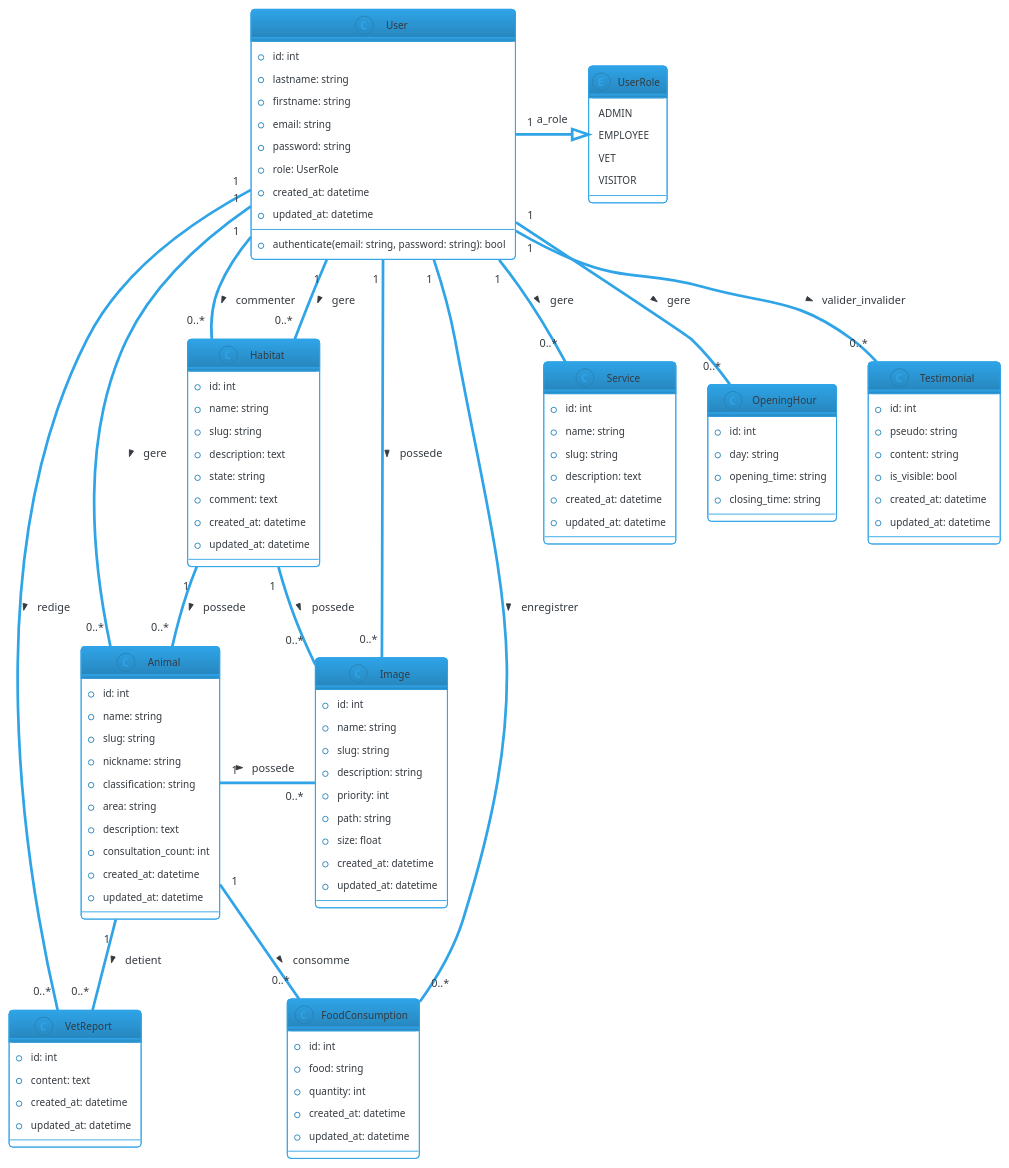
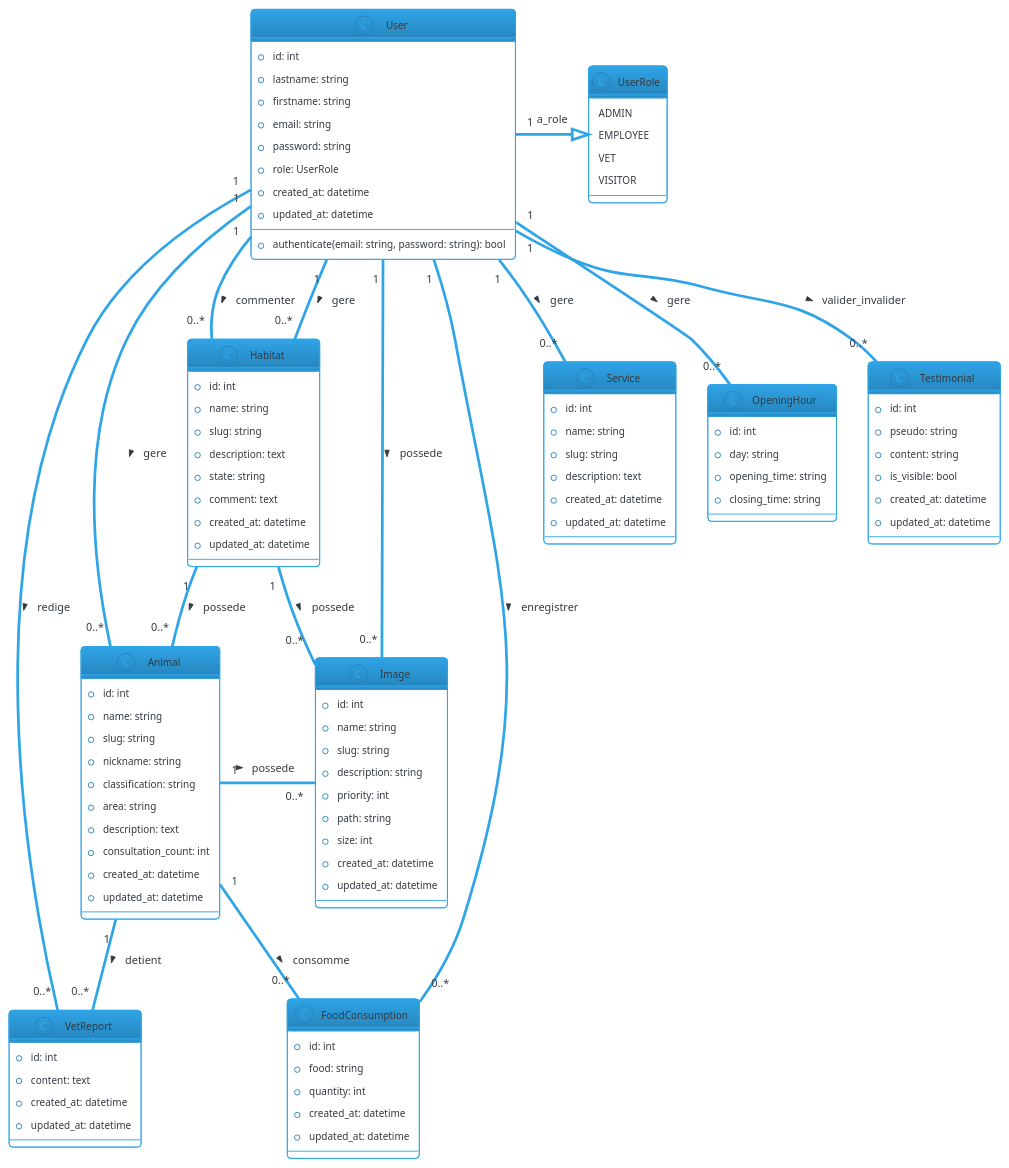
The diagram in docs/diagrammes/diagramClass.puml (gahette/arcadia), drawn with PlantUML before and after one commit. The commit also changed 11 other files, not shown here.

```diff
--- a/docs/diagrammes/diagramClass.puml
+++ b/docs/diagrammes/diagramClass.puml
@@ -1,116 +1,116 @@
 @startuml
 !theme cerulean-outline
 skinparam backgroundColor #FFFFFF
 
 class User {
     +id: int
     +lastname: string
     +firstname: string
     +email: string
     +password: string
     +role: UserRole
     +created_at: datetime
     +updated_at: datetime
     +authenticate(email: string, password: string): bool
 }
 
 enum UserRole {
     ADMIN
     EMPLOYEE
     VET
     VISITOR
 }
 
 class Service {
     +id: int
     +name: string
     +slug: string
     +description: text
     +created_at: datetime
     +updated_at: datetime
 }
 
 class OpeningHour {
     +id: int
     +day: string
     +opening_time: string
     +closing_time: string
 }
 
 class Habitat {
     +id: int
     +name: string
     +slug: string
     +description: text
     +state: string
     +comment: text
     +created_at: datetime
     +updated_at: datetime
 }
 
 class Animal {
     +id: int
     +name: string
     +slug: string
     +nickname: string
     +classification: string
     +area: string
     +description: text
     +consultation_count: int
     +created_at: datetime
     +updated_at: datetime
 }
 
 class Testimonial {
     +id: int
     +pseudo: string
     +content: string
     +is_visible: bool
     +created_at: datetime
     +updated_at: datetime
 }
 
 class Image {
     +id: int
     +name: string
     +slug: string
     +description: string
     +priority: int
     +path: string
-    +size: float
+    +size: int
     +created_at: datetime
     +updated_at: datetime
 }
 
 class VetReport {
     +id: int
     +content: text
     +created_at: datetime
     +updated_at: datetime
 }
 
 class FoodConsumption {
     +id: int
     +food: string
     +quantity: int
     +created_at: datetime
     +updated_at: datetime
 }
 
 User "1" -|> UserRole : a_role
 Habitat "1" -- "0..*" Animal : > possede
 User "1" -- "0..*" VetReport : > redige
 Animal "1" -- "0..*" VetReport : > detient
 Habitat "1" -- "0..*" Image : > possede
 Animal "1" - "0..*" Image : > possede
 User "1" -- "0..*" Image : > possede
 User "1" -- "0..*" Service : > gere
 User "1" -- "0..*" OpeningHour : > gere
 User "1" -- "0..*" Habitat : > gere
 User "1" -- "0..*" Animal : > gere
 User "1" -- "0..*" Testimonial : > valider_invalider
 Animal "1" -- "0..*" FoodConsumption : > consomme
 User "1" -- "0..*" FoodConsumption : > enregistrer
 User "1" -- "0..*" Habitat : > commenter
 
 @enduml
```
